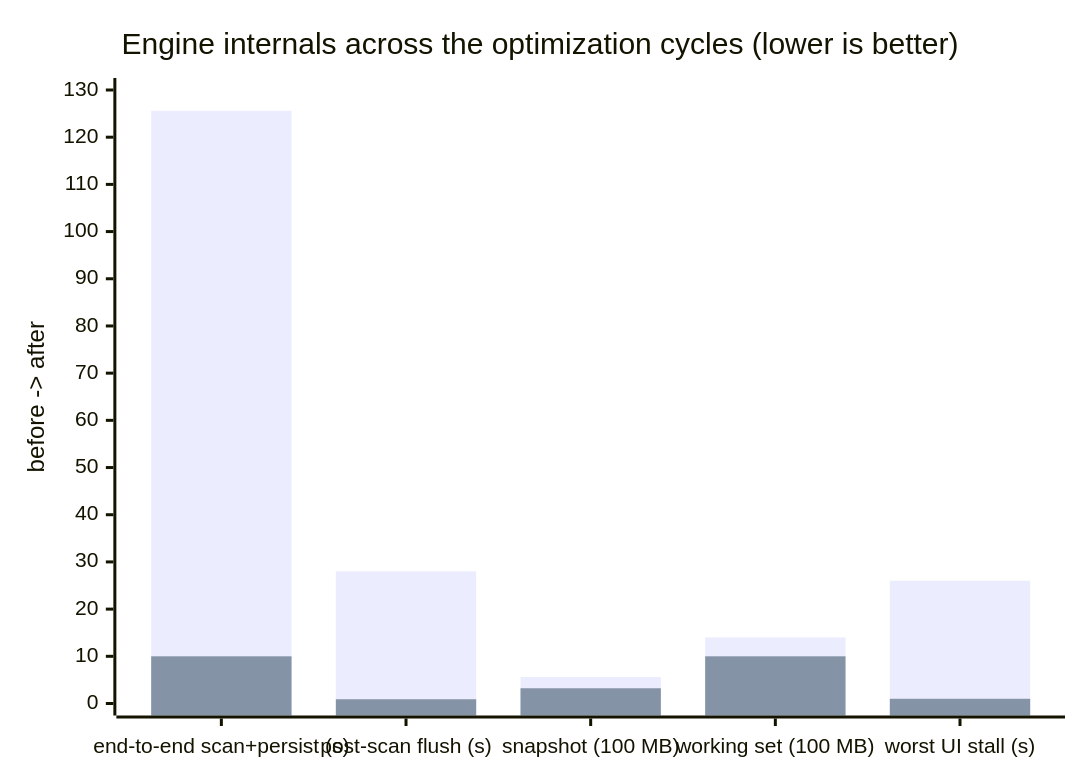
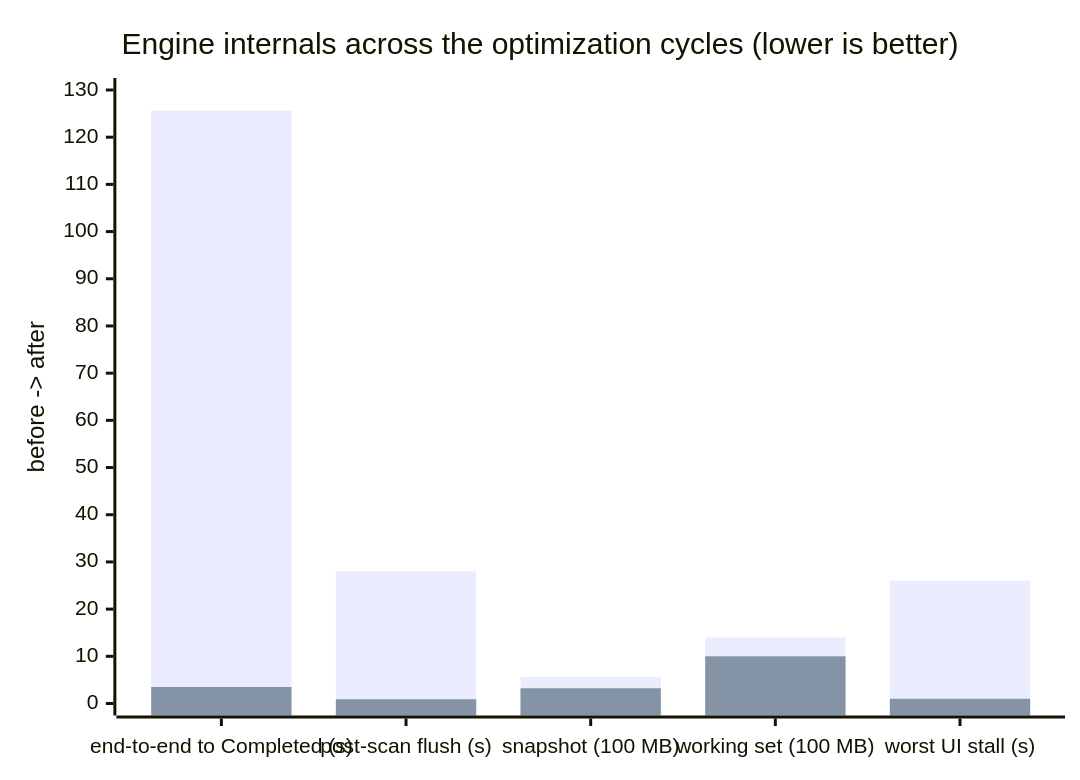
The second of 2 diagrams in README.md (marksmayo/WinBlaze), drawn with Mermaid before and after one commit. The commit also changed other lines of this file and 1 other file, not shown here.

First line of the commit message:
Record Round 3 perf numbers and refresh README graphs

````diff
--- a/README.md
+++ b/README.md
@@ -30,8 +30,8 @@
 ```mermaid
 xychart-beta
     title "Engine internals across the optimization cycles (lower is better)"
-    x-axis ["end-to-end scan+persist (s)", "post-scan flush (s)", "snapshot (100 MB)", "working set (100 MB)", "worst UI stall (s)"]
+    x-axis ["end-to-end to Completed (s)", "post-scan flush (s)", "snapshot (100 MB)", "working set (100 MB)", "worst UI stall (s)"]
     y-axis "before -> after" 0 --> 130
     bar "before" [125.6, 28.0, 5.62, 14.0, 26.0]
-    bar "after" [10.0, 0.9, 3.23, 10.0, 1.0]
+    bar "after" [3.5, 0.9, 3.23, 10.0, 1.0]
 ```
````
